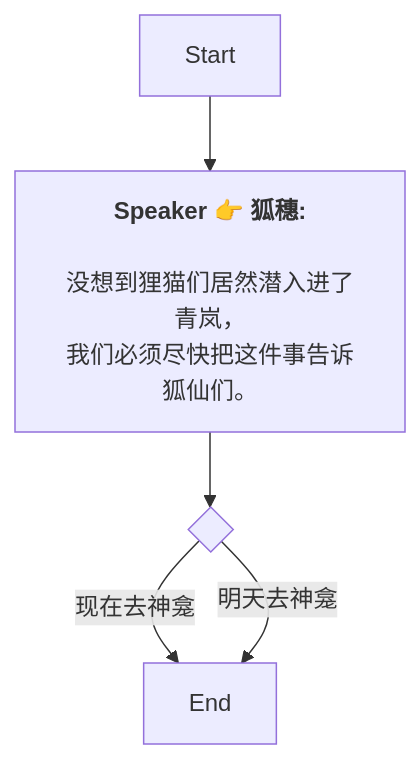
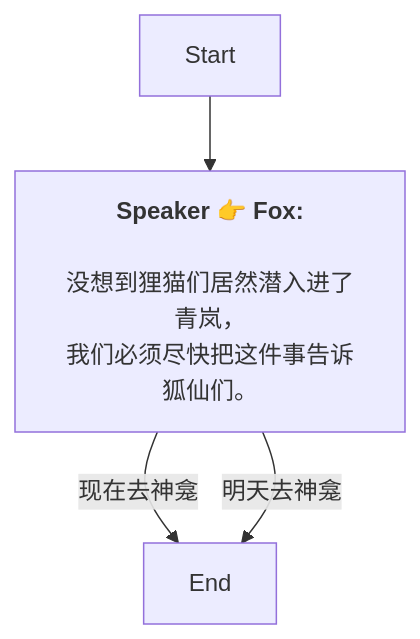
One commit to SoftHu/tos_avg changed the diagram in Zh/QuestStartTalkENode_1761909448383730.md. Above: the diagram before and after it, drawn with Mermaid. The commit also changed 737 other files, not shown here.

````diff
--- a/Zh/QuestStartTalkENode_1761909448383730.md
+++ b/Zh/QuestStartTalkENode_1761909448383730.md
@@ -1,11 +1,9 @@
 ```mermaid
 graph
-Start -->1761910188962040[<b>Speaker 👉 狐穗:</b>
+Start -->1761910188962040[<b>Speaker 👉 Fox:</b>
+\n没想到狸猫们居然潜入进了青岚，
+我们必须尽快把这件事告诉狐仙们。]
+1761910188962040 -->|现在去神龛|1761910593586431[End]
+1761910188962040 -->|明天去神龛|1761910593586431[End]
 
-没想到狸猫们居然潜入进了青岚，
-我们必须尽快把这件事告诉狐仙们。]
-1761910188962040 -->1761910229996794{ }
-1761910229996794 -->|现在去神龛|1761910593586431[End]
-1761910229996794 -->|明天去神龛|1761910593586431[End]
-
- ```
+```
````
